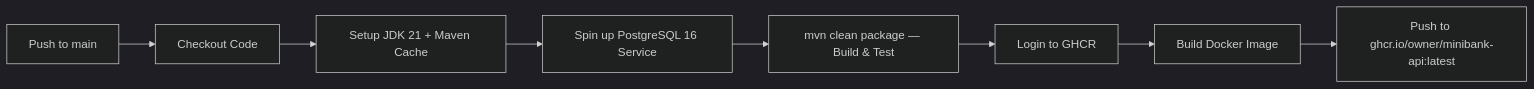
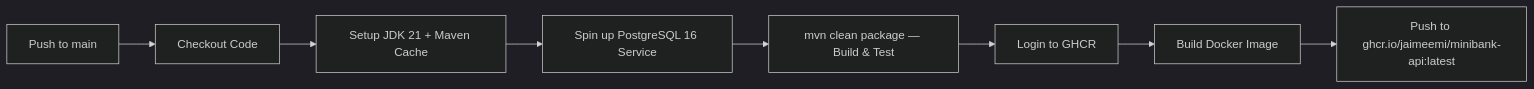
The third of 3 diagrams in README.md (jaimeemi/minibank-api), drawn with Mermaid (dark theme) before and after one commit. The commit also changed other lines of this file and 8 other files, not shown here.

````diff
--- a/README.md
+++ b/README.md
@@ -220,10 +237,10 @@
 ```mermaid
 flowchart LR
     A[Push to main] --> B[Checkout Code]
     B --> C[Setup JDK 21 + Maven Cache]
     C --> D[Spin up PostgreSQL 16 Service]
     D --> E[mvn clean package — Build & Test]
     E --> F[Login to GHCR]
     F --> G[Build Docker Image]
-    G --> H[Push to ghcr.io/owner/minibank-api:latest]
+    G --> H[Push to ghcr.io/jaimeemi/minibank-api:latest]
 ```
````
